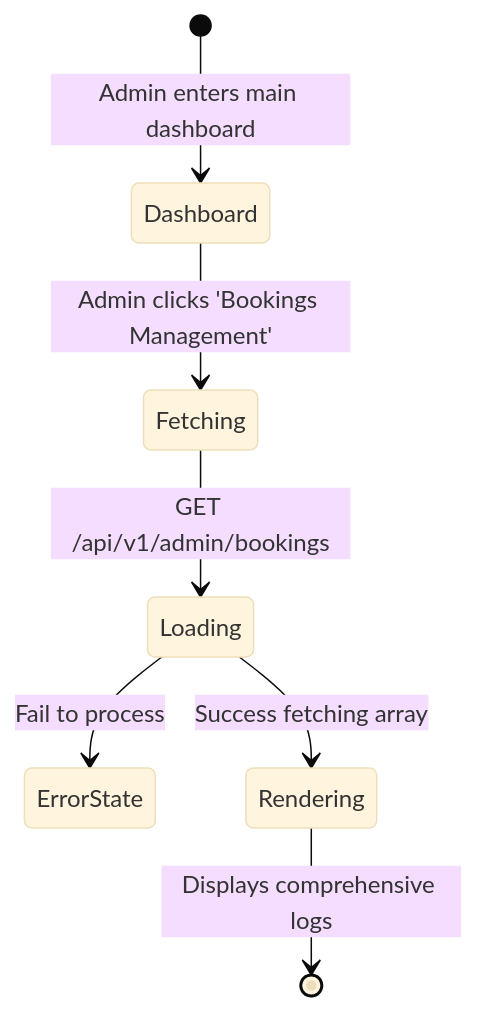
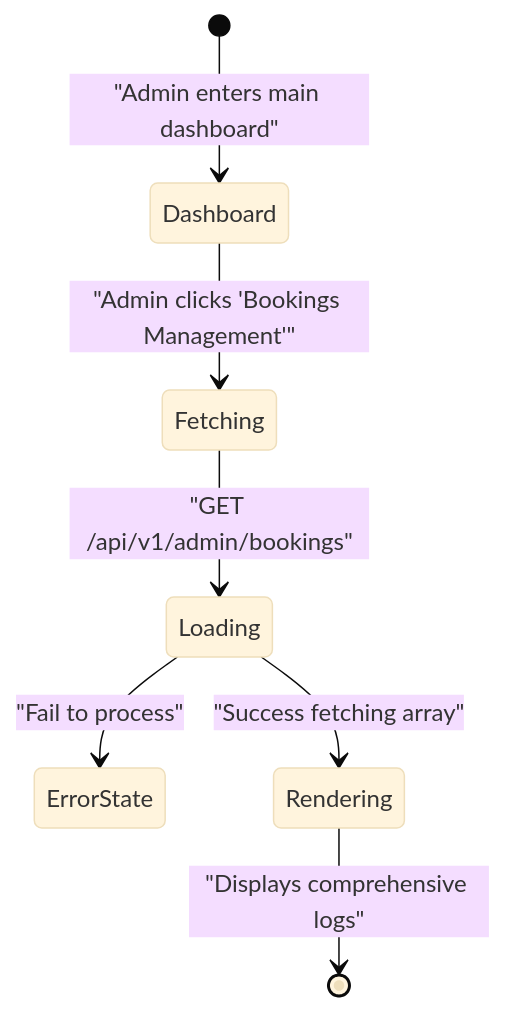
One commit to dat-21/SWD392 changed diagram 33 of 44 in UC_Backend_Design_Details.md. Above: the diagram before and after it, drawn with Mermaid (base theme). The commit also changed other lines of this file and 2 other files, not shown here.

Commit message:
style: Standardize Mermaid state diagram transition label formatting by adding quotes and a space before the colon.

````diff
--- a/UC_Backend_Design_Details.md
+++ b/UC_Backend_Design_Details.md
@@ -700,9 +700,9 @@
 ```mermaid
 stateDiagram-v2
-    [*] --> Dashboard: Admin enters main dashboard
-    Dashboard --> Fetching: Admin clicks 'Bookings Management'
-    Fetching --> Loading: GET /api/v1/admin/bookings
-    Loading --> ErrorState: Fail to process
-    Loading --> Rendering: Success fetching array
-    Rendering --> [*]: Displays comprehensive logs
+    [*] --> Dashboard : "Admin enters main dashboard"
+    Dashboard --> Fetching : "Admin clicks 'Bookings Management'"
+    Fetching --> Loading : "GET /api/v1/admin/bookings"
+    Loading --> ErrorState : "Fail to process"
+    Loading --> Rendering : "Success fetching array"
+    Rendering --> [*] : "Displays comprehensive logs"
 ```
````
